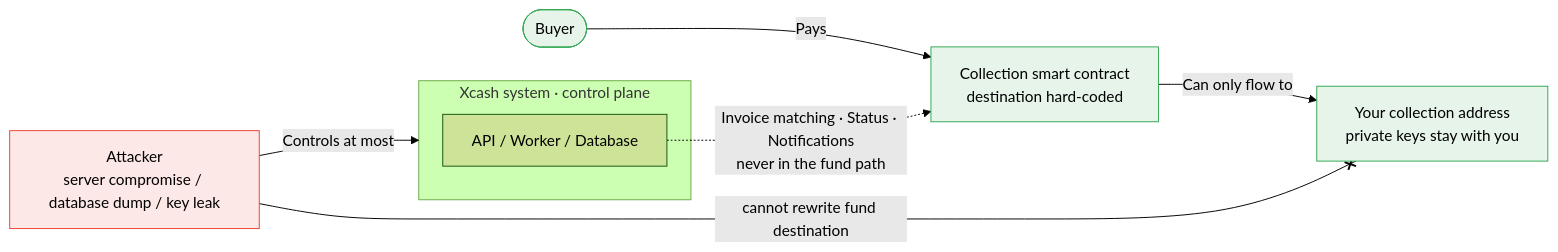
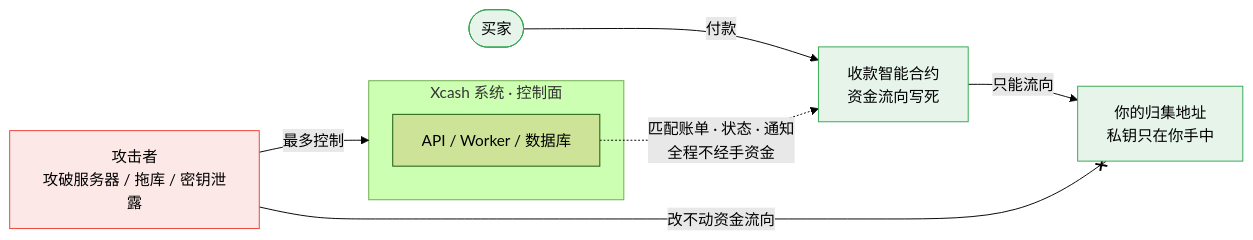
The first of 2 diagrams in README.md (realyoussefhossam/xcash), drawn with Mermaid (forest theme) before and after one commit. The commit also changed other lines of this file and 2 other files, not shown here.

````diff
--- a/README.md
+++ b/README.md
@@ -90,22 +89,22 @@
 ```mermaid
 flowchart LR
-    Buyer(["Buyer"])
-    Contract["Collection smart contract<br/>destination hard-coded"]
-    Wallet["Your collection address<br/>private keys stay with you"]
+    Buyer(["买家"])
+    Contract["收款智能合约<br/>资金流向写死"]
+    Wallet["你的归集地址<br/>私钥只在你手中"]
 
-    Buyer -->|Pays| Contract -->|Can only flow to| Wallet
+    Buyer -->|付款| Contract -->|只能流向| Wallet
 
-    subgraph XcashBox["Xcash system · control plane"]
-        Core["API / Worker / Database"]
+    subgraph XcashBox["Xcash 系统 · 控制面"]
+        Core["API / Worker / 数据库"]
     end
-    Core -.->|Invoice matching · Status · Notifications<br/>never in the fund path| Contract
+    Core -.->|匹配账单 · 状态 · 通知<br/>全程不经手资金| Contract
 
-    Attacker["Attacker<br/>server compromise / database dump / key leak"]
-    Attacker -->|Controls at most| XcashBox
-    Attacker -- cannot rewrite fund destination --x Wallet
+    Attacker["攻击者<br/>攻破服务器 / 拖库 / 密钥泄露"]
+    Attacker -->|最多控制| XcashBox
+    Attacker -- 改不动资金流向 --x Wallet
 
     classDef money fill:#e6f4ea,stroke:#34a853,color:#000;
     classDef danger fill:#fce8e6,stroke:#ea4335,color:#000;
     class Buyer,Contract,Wallet money;
     class Attacker danger;
 ```
````
